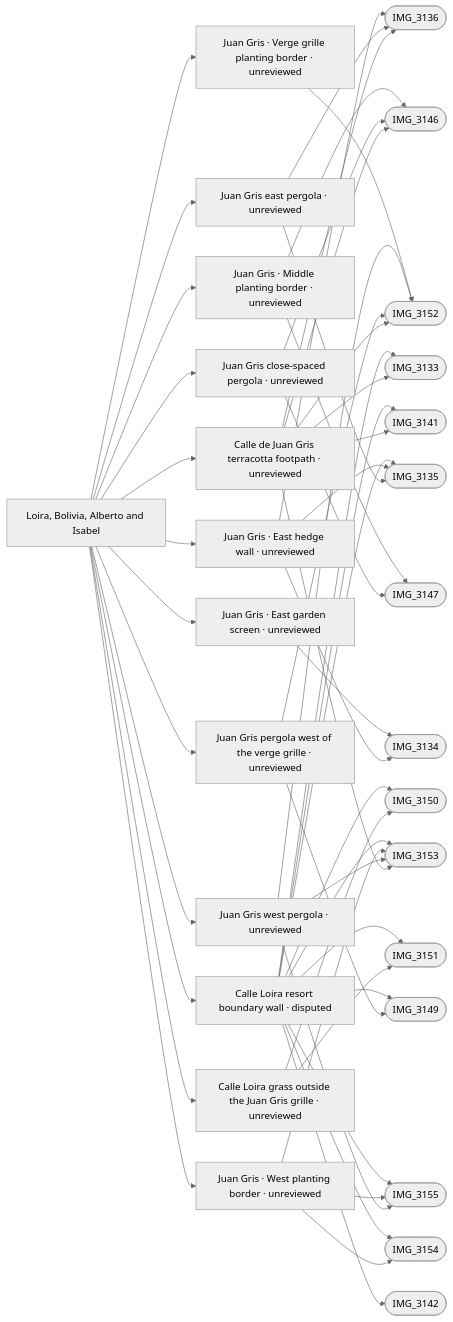
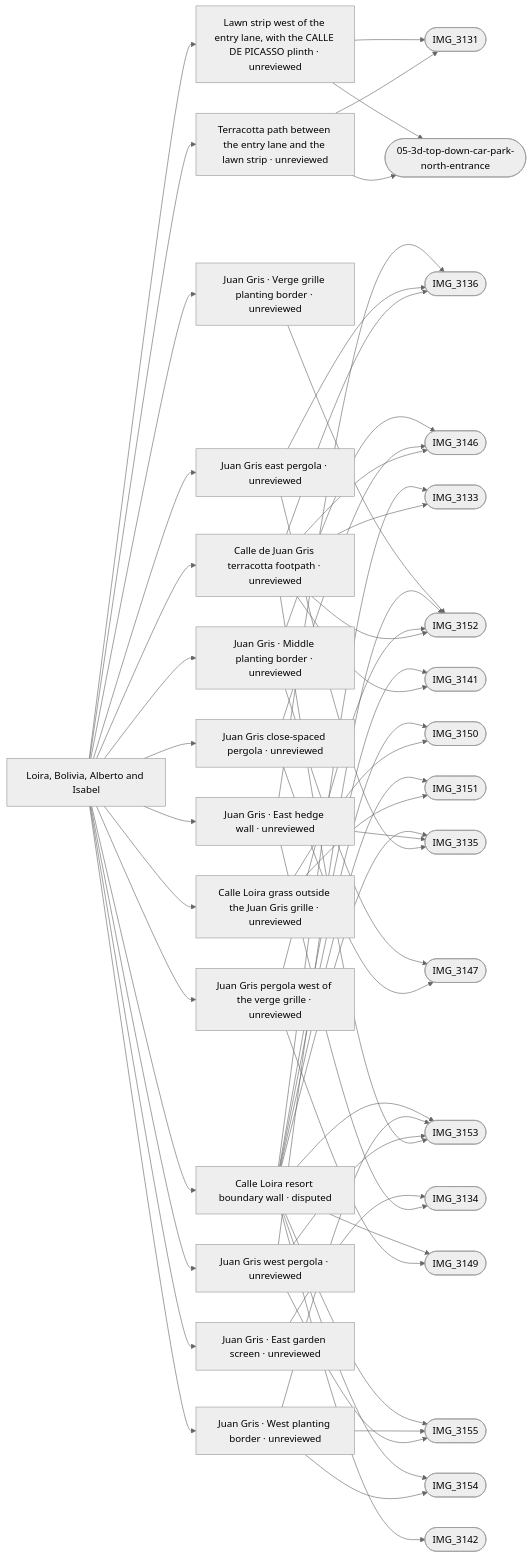
The diagram in refs/areas/north-lanes.md (daveyboyc/villacana-venture), drawn with Mermaid (neutral theme) before and after one commit. The commit also changed other lines of this file and 40 other files, not shown here.

First line of the commit message:
Picasso north entrance: details from Street View (work in progress)

````diff
--- a/refs/areas/north-lanes.md
+++ b/refs/areas/north-lanes.md
@@ -37,53 +37,59 @@
 ```mermaid
 graph LR
   A["Loira, Bolivia, Alberto and Isabel"]
   A --> F0["Calle de Juan Gris terracotta footpath · unreviewed"]
   F0 --> PIMG_3133_jpg(["IMG_3133"])
   F0 --> PIMG_3136_jpg(["IMG_3136"])
   F0 --> PIMG_3141_jpg(["IMG_3141"])
   F0 --> PIMG_3146_jpg(["IMG_3146"])
   F0 --> PIMG_3152_jpg(["IMG_3152"])
   F0 --> PIMG_3153_jpg(["IMG_3153"])
   A --> F1["Calle Loira grass outside the Juan Gris grille · unreviewed"]
   F1 --> PIMG_3150_jpg(["IMG_3150"])
   F1 --> PIMG_3151_jpg(["IMG_3151"])
-  A --> F2["Juan Gris east pergola · unreviewed"]
-  F2 --> PIMG_3135_jpg(["IMG_3135"])
-  F2 --> PIMG_3136_jpg(["IMG_3136"])
-  A --> F3["Juan Gris pergola west of the verge grille · unreviewed"]
-  F3 --> PIMG_3149_jpg(["IMG_3149"])
-  F3 --> PIMG_3152_jpg(["IMG_3152"])
-  A --> F4["Juan Gris close-spaced pergola · unreviewed"]
-  F4 --> PIMG_3146_jpg(["IMG_3146"])
-  F4 --> PIMG_3147_jpg(["IMG_3147"])
-  A --> F5["Juan Gris west pergola · unreviewed"]
+  A --> F2["Terracotta path between the entry lane and the lawn strip · unreviewed"]
+  F2 --> PIMG_3131_jpg(["IMG_3131"])
+  F2 --> Pref_google_maps_05_3d_top_down_car_park_north_entrance_jpg(["05-3d-top-down-car-park-north-entrance"])
+  A --> F3["Lawn strip west of the entry lane, with the CALLE DE PICASSO plinth · unreviewed"]
+  F3 --> PIMG_3131_jpg(["IMG_3131"])
+  F3 --> Pref_google_maps_05_3d_top_down_car_park_north_entrance_jpg(["05-3d-top-down-car-park-north-entrance"])
+  A --> F4["Juan Gris east pergola · unreviewed"]
+  F4 --> PIMG_3135_jpg(["IMG_3135"])
+  F4 --> PIMG_3136_jpg(["IMG_3136"])
+  A --> F5["Juan Gris pergola west of the verge grille · unreviewed"]
+  F5 --> PIMG_3149_jpg(["IMG_3149"])
   F5 --> PIMG_3152_jpg(["IMG_3152"])
-  F5 --> PIMG_3153_jpg(["IMG_3153"])
-  F5 --> PIMG_3155_jpg(["IMG_3155"])
-  A --> F6["Juan Gris · East hedge wall · unreviewed"]
-  F6 --> PIMG_3134_jpg(["IMG_3134"])
-  F6 --> PIMG_3135_jpg(["IMG_3135"])
-  F6 --> PIMG_3136_jpg(["IMG_3136"])
-  A --> F7["Juan Gris · East garden screen · unreviewed"]
-  F7 --> PIMG_3134_jpg(["IMG_3134"])
-  A --> F8["Juan Gris · Verge grille planting border · unreviewed"]
-  F8 --> PIMG_3152_jpg(["IMG_3152"])
-  A --> F9["Juan Gris · Middle planting border · unreviewed"]
-  F9 --> PIMG_3146_jpg(["IMG_3146"])
-  F9 --> PIMG_3147_jpg(["IMG_3147"])
-  A --> F10["Juan Gris · West planting border · unreviewed"]
-  F10 --> PIMG_3153_jpg(["IMG_3153"])
-  F10 --> PIMG_3154_jpg(["IMG_3154"])
-  F10 --> PIMG_3155_jpg(["IMG_3155"])
-  A --> F11["Calle Loira resort boundary wall · disputed"]
-  F11 --> PIMG_3133_jpg(["IMG_3133"])
-  F11 --> PIMG_3135_jpg(["IMG_3135"])
-  F11 --> PIMG_3141_jpg(["IMG_3141"])
-  F11 --> PIMG_3142_jpg(["IMG_3142"])
-  F11 --> PIMG_3149_jpg(["IMG_3149"])
-  F11 --> PIMG_3150_jpg(["IMG_3150"])
-  F11 --> PIMG_3151_jpg(["IMG_3151"])
-  F11 --> PIMG_3153_jpg(["IMG_3153"])
-  F11 --> PIMG_3154_jpg(["IMG_3154"])
-  F11 --> PIMG_3155_jpg(["IMG_3155"])
+  A --> F6["Juan Gris close-spaced pergola · unreviewed"]
+  F6 --> PIMG_3146_jpg(["IMG_3146"])
+  F6 --> PIMG_3147_jpg(["IMG_3147"])
+  A --> F7["Juan Gris west pergola · unreviewed"]
+  F7 --> PIMG_3152_jpg(["IMG_3152"])
+  F7 --> PIMG_3153_jpg(["IMG_3153"])
+  F7 --> PIMG_3155_jpg(["IMG_3155"])
+  A --> F8["Juan Gris · East hedge wall · unreviewed"]
+  F8 --> PIMG_3134_jpg(["IMG_3134"])
+  F8 --> PIMG_3135_jpg(["IMG_3135"])
+  F8 --> PIMG_3136_jpg(["IMG_3136"])
+  A --> F9["Juan Gris · East garden screen · unreviewed"]
+  F9 --> PIMG_3134_jpg(["IMG_3134"])
+  A --> F10["Juan Gris · Verge grille planting border · unreviewed"]
+  F10 --> PIMG_3152_jpg(["IMG_3152"])
+  A --> F11["Juan Gris · Middle planting border · unreviewed"]
+  F11 --> PIMG_3146_jpg(["IMG_3146"])
+  F11 --> PIMG_3147_jpg(["IMG_3147"])
+  A --> F12["Juan Gris · West planting border · unreviewed"]
+  F12 --> PIMG_3153_jpg(["IMG_3153"])
+  F12 --> PIMG_3154_jpg(["IMG_3154"])
+  F12 --> PIMG_3155_jpg(["IMG_3155"])
+  A --> F13["Calle Loira resort boundary wall · disputed"]
+  F13 --> PIMG_3133_jpg(["IMG_3133"])
+  F13 --> PIMG_3135_jpg(["IMG_3135"])
+  F13 --> PIMG_3141_jpg(["IMG_3141"])
+  F13 --> PIMG_3142_jpg(["IMG_3142"])
+  F13 --> PIMG_3149_jpg(["IMG_3149"])
+  F13 --> PIMG_3150_jpg(["IMG_3150"])
+  F13 --> PIMG_3151_jpg(["IMG_3151"])
+  F13 --> PIMG_3153_jpg(["IMG_3153"])
+  F13 --> PIMG_3154_jpg(["IMG_3154"])
+  F13 --> PIMG_3155_jpg(["IMG_3155"])
 ```
````
